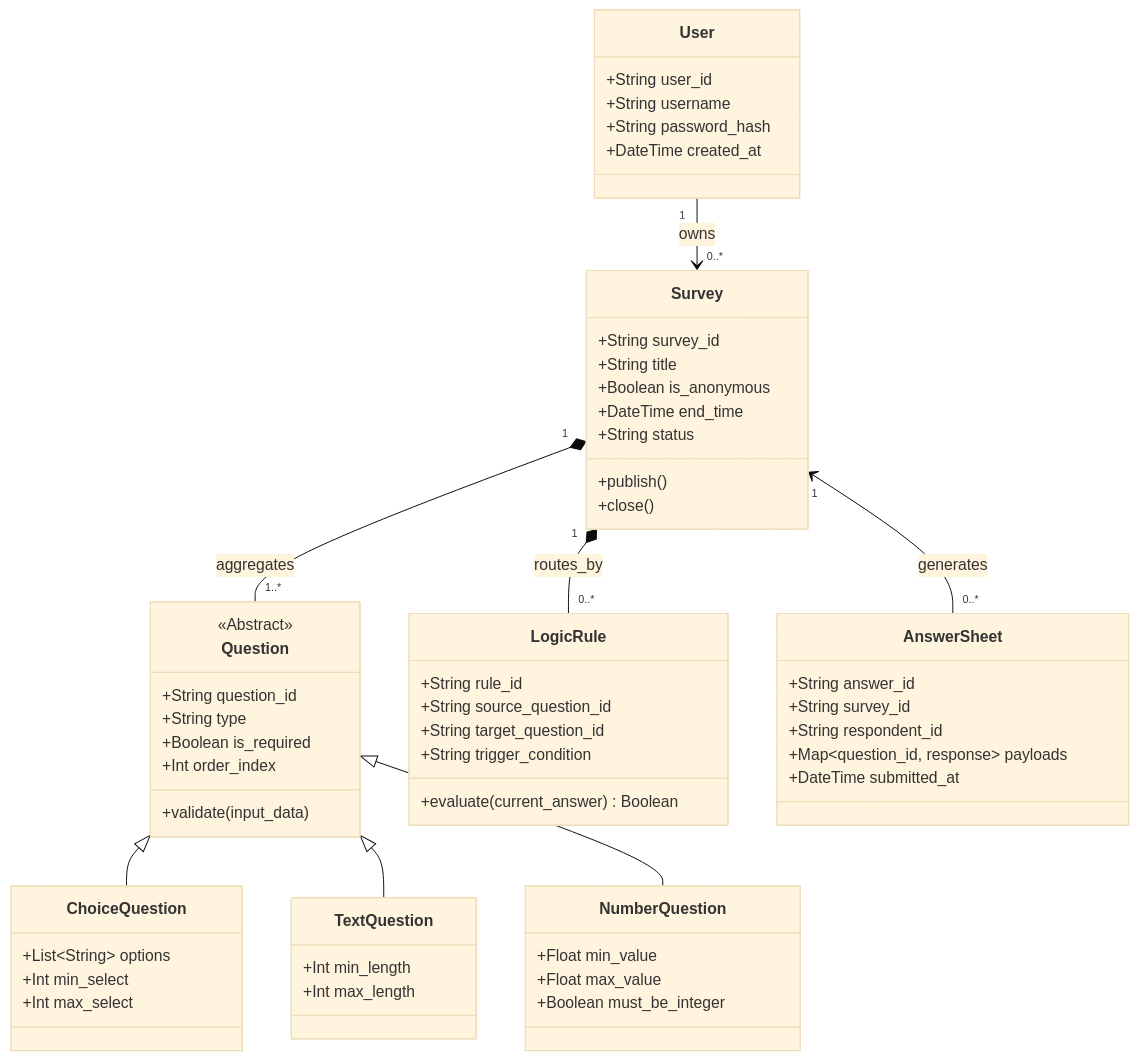
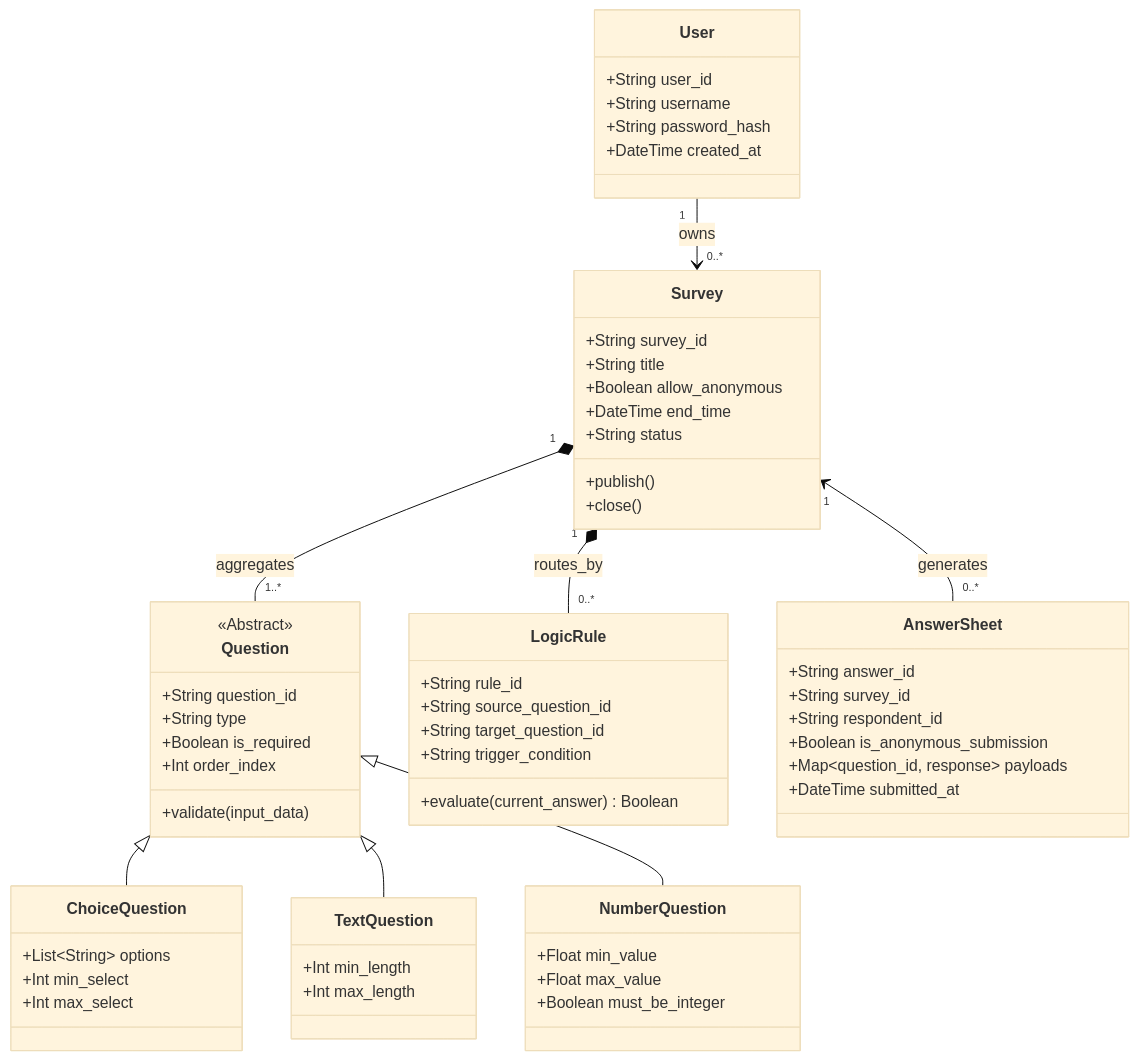
The fourth of 6 diagrams in doc/02-architecture.md (4bqwq/fastapi-mongo-survey), drawn with Mermaid (base theme) before and after one commit. The commit also changed other lines of this file and 15 other files, not shown here.

````diff
--- a/doc/02-architecture.md
+++ b/doc/02-architecture.md
@@ -108,69 +108,70 @@
 ```mermaid
 classDiagram
     class User {
         +String user_id
         +String username
         +String password_hash
         +DateTime created_at
     }
 
     class Survey {
         +String survey_id
         +String title
-        +Boolean is_anonymous
+        +Boolean allow_anonymous
         +DateTime end_time
         +String status
         +publish()
         +close()
     }
 
     class Question {
         <<Abstract>>
         +String question_id
         +String type
         +Boolean is_required
         +Int order_index
         +validate(input_data)
     }
 
     class ChoiceQuestion {
         +List~String~ options
         +Int min_select
         +Int max_select
     }
 
     class TextQuestion {
         +Int min_length
         +Int max_length
     }
 
     class NumberQuestion {
         +Float min_value
         +Float max_value
         +Boolean must_be_integer
     }
 
     class LogicRule {
         +String rule_id
         +String source_question_id
         +String target_question_id
         +String trigger_condition
         +evaluate(current_answer) Boolean
     }
 
     class AnswerSheet {
         +String answer_id
         +String survey_id
         +String respondent_id
+        +Boolean is_anonymous_submission
         +Map~question_id, response~ payloads
         +DateTime submitted_at
     }
 
     User "1" --> "0..*" Survey : owns
     Survey "1" *-- "1..*" Question : aggregates
     Survey "1" *-- "0..*" LogicRule : routes_by
     Survey "1" <-- "0..*" AnswerSheet : generates
     Question <|-- ChoiceQuestion
     Question <|-- TextQuestion
     Question <|-- NumberQuestion
 ```
````
